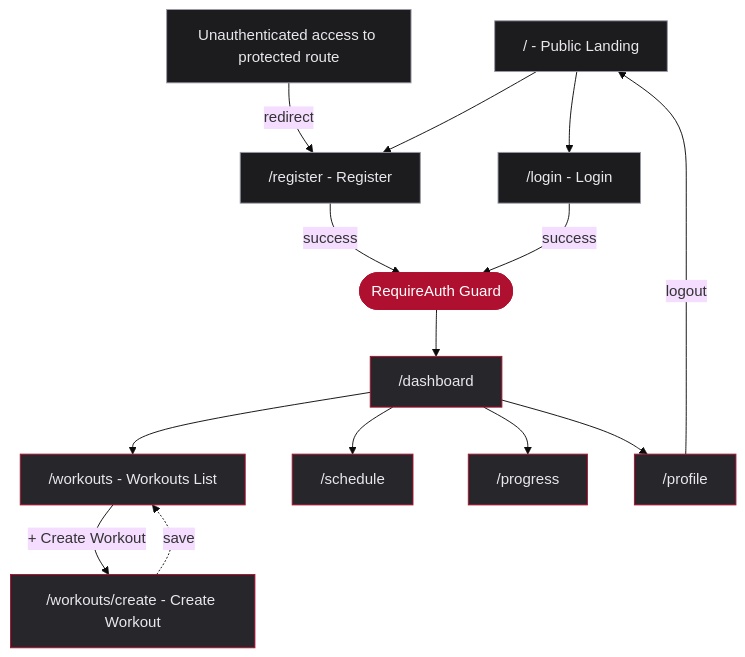
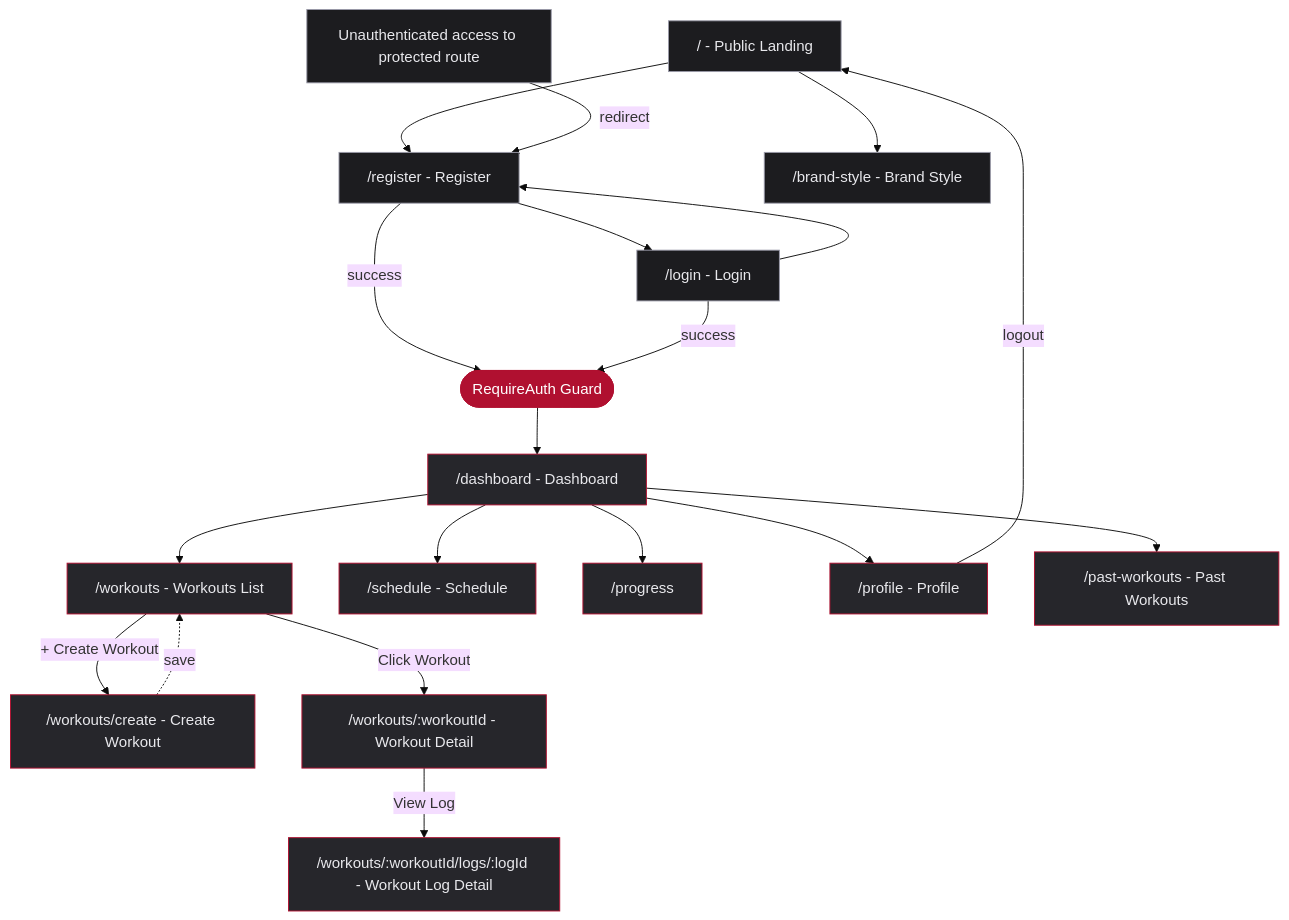
Before and after one commit to COS301-SE-2026/OptiLifts: the diagram in docs/DESIGN.md, drawn with Mermaid (base theme). The commit also changed other lines of this file, not shown here.

````diff
--- a/docs/DESIGN.md
+++ b/docs/DESIGN.md
@@ -23,37 +23,46 @@
 ```mermaid
 flowchart TD
     A["/ - Public Landing"]
     B["/register - Register"]
     C["/login - Login"]
+    N["/brand-style - Brand Style"]
     J["Unauthenticated access to protected route"]
     GUARD(["RequireAuth Guard"])
-    D["/dashboard"]
+    D["/dashboard - Dashboard"]
     E["/workouts - Workouts List"]
     F["/workouts/create - Create Workout"]
-    G["/schedule"]
+    K["/workouts/:workoutId - Workout Detail"]
+    L["/workouts/:workoutId/logs/:logId - Workout Log Detail"]
+    G["/schedule - Schedule"]
     H["/progress"]
-    I["/profile"]
+    I["/profile - Profile"]
+    M["/past-workouts - Past Workouts"]
 
     A --> B
-    A --> C
+    A --> N
+    B --> C
+    C --> B
     B -->|"success"| GUARD
     C -->|"success"| GUARD
     J -->|"redirect"| B
 
     GUARD --> D
     D --> E
     D --> G
     D --> H
     D --> I
+    D --> M
+    E -->|"Click Workout"| K
     E -->|"+ Create Workout"| F
+    K -->|"View Log"| L
     F -.->|"save"| E
     I -->|"logout"| A
 
     classDef protected fill:#26262B,stroke:#B01030,color:#E8E8EC
     classDef public fill:#1C1C1F,stroke:#9A9AA8,color:#E8E8EC
     classDef guard fill:#B01030,stroke:#B01030,color:#FFFFFF
 
-    class D,E,F,G,H,I protected
-    class A,B,C,J public
+    class D,E,F,K,L,G,H,I,M protected
+    class A,B,C,J,N public
     class GUARD guard
 ```
````
